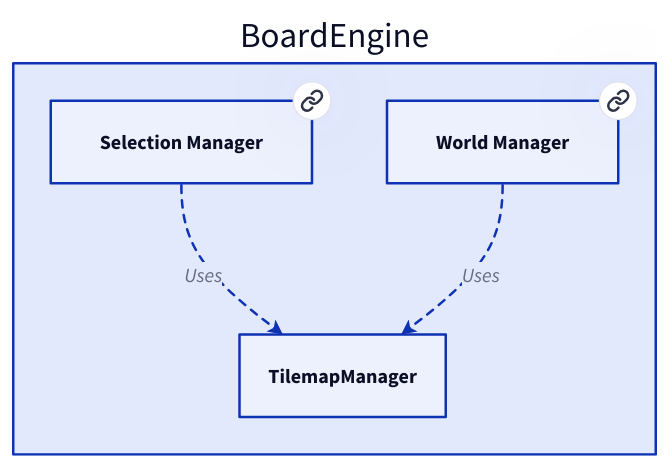
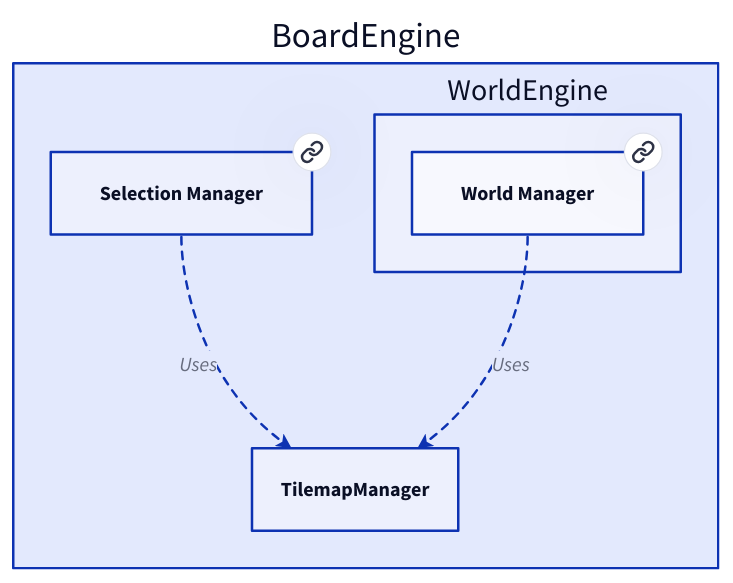
The diagram in doc/BoardEngine/TilemapManager.md (Portevent/Brume-Documentation), drawn with D2 before and after one commit. The commit also changed 92 other files, not shown here.

````diff
--- a/doc/BoardEngine/TilemapManager.md
+++ b/doc/BoardEngine/TilemapManager.md
@@ -10,22 +10,24 @@
 ```d2
 # Nodes :
 BoardEngine: {
     SelectionManager: Selection Manager {
        link: SelectionManager
     }
-    WorldManager: World Manager {
-       link: WorldManager
+    WorldEngine: {
+        WorldManager: World Manager {
+           link: WorldManager
+        }
     }
 }
 
 # Links :
 BoardEngine.SelectionManager -> BoardEngine.TilemapManager: Uses {style.stroke-dash: 3
 source-arrowhead: {}
 target-arrowhead: {shape: arrow}
 }
-BoardEngine.WorldManager -> BoardEngine.TilemapManager: Uses {style.stroke-dash: 3
+BoardEngine.WorldEngine.WorldManager -> BoardEngine.TilemapManager: Uses {style.stroke-dash: 3
 source-arrowhead: {}
 target-arrowhead: {shape: arrow}
 }
 
 ```
````
